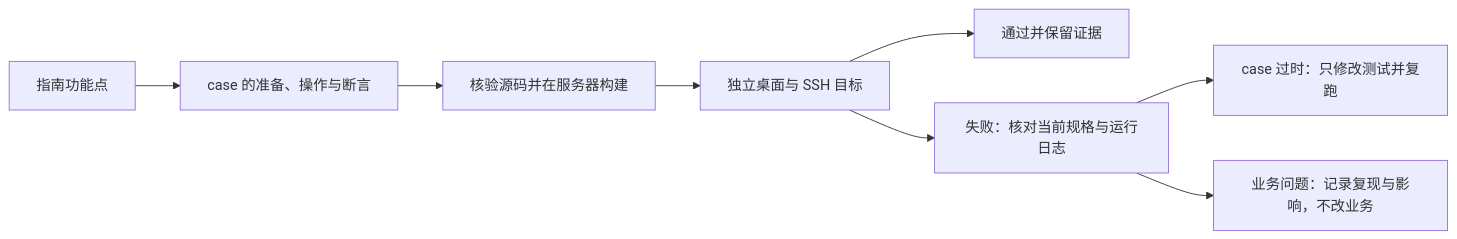
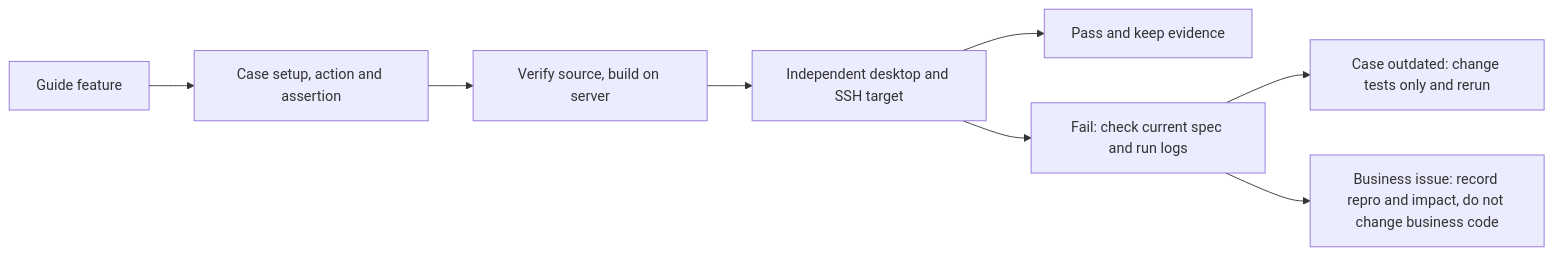
Before and after one commit to osben/ZCode: the diagram in docs/testing/desktop-ssh-guide-regression.md, drawn with Mermaid. The commit also changed other lines of this file and 14 other files, not shown here.

````diff
--- a/docs/testing/desktop-ssh-guide-regression.md
+++ b/docs/testing/desktop-ssh-guide-regression.md
@@ -13,10 +9,10 @@
 ```mermaid
 flowchart LR
-  G[指南功能点] --> C[case 的准备、操作与断言]
-  C --> S[核验源码并在服务器构建]
-  S --> E[独立桌面与 SSH 目标]
-  E --> P[通过并保留证据]
-  E --> F[失败：核对当前规格与运行日志]
-  F --> T[case 过时：只修改测试并复跑]
-  F --> B[业务问题：记录复现与影响，不改业务]
+  G[Guide feature] --> C[Case setup, action and assertion]
+  C --> S[Verify source, build on server]
+  S --> E[Independent desktop and SSH target]
+  E --> P[Pass and keep evidence]
+  E --> F[Fail: check current spec and run logs]
+  F --> T[Case outdated: change tests only and rerun]
+  F --> B[Business issue: record repro and impact, do not change business code]
 ```
````
